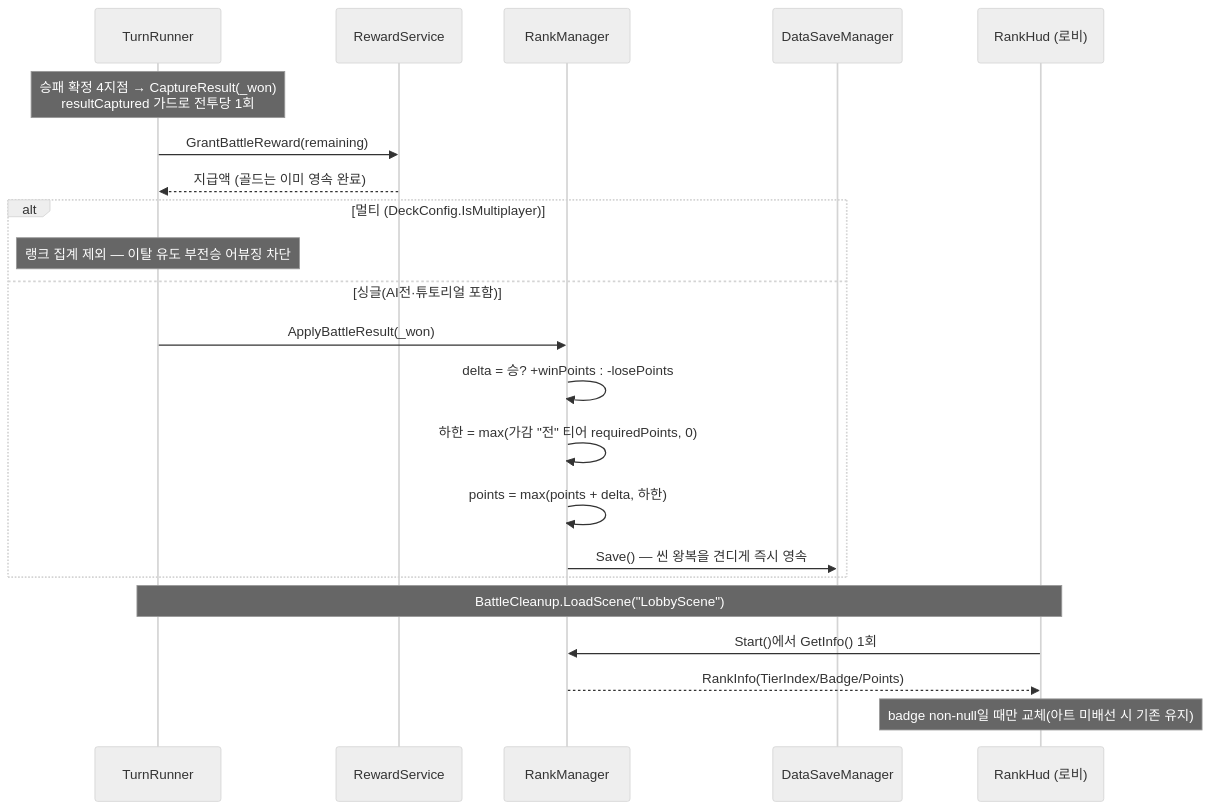
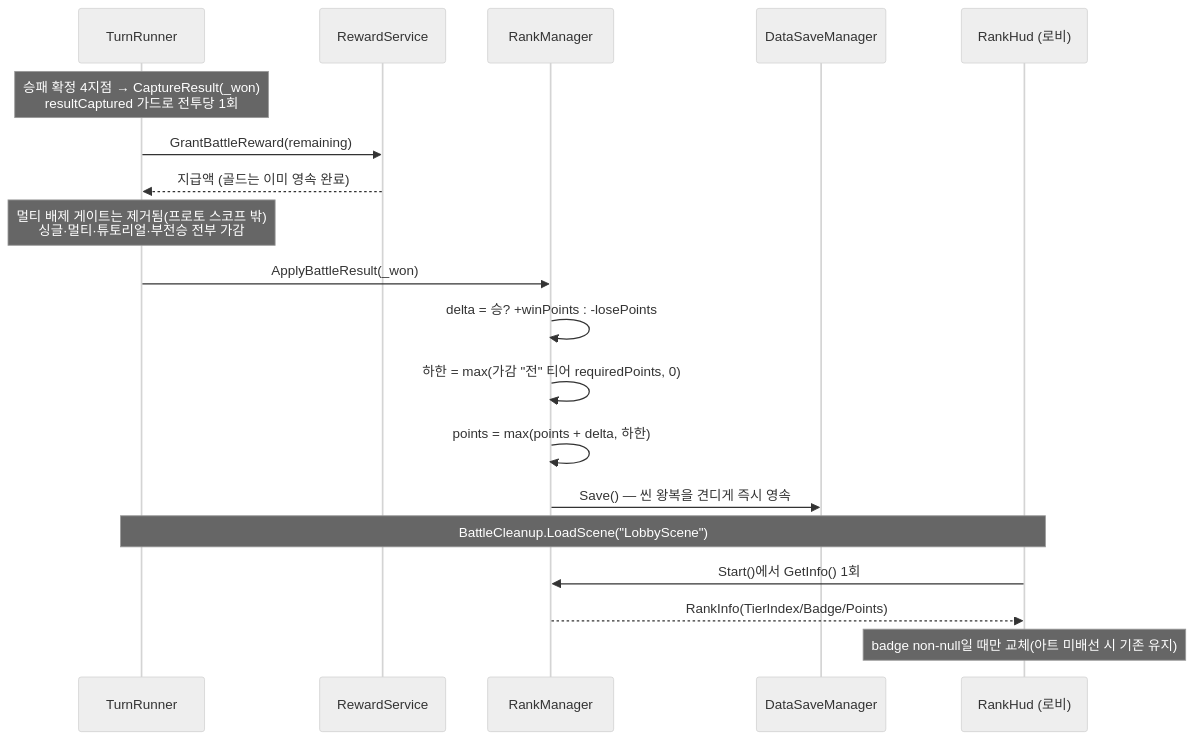
One commit to hspark-maker/TeamfightTCG_Migriation changed diagram 17 of 17 in docs/OutGamePlan/STRUCTURE.md. Above: the diagram before and after it, drawn with Mermaid (neutral theme). The commit also changed other lines of this file and 8 other files, not shown here.

````diff
--- a/docs/OutGamePlan/STRUCTURE.md
+++ b/docs/OutGamePlan/STRUCTURE.md
@@ -865,25 +865,22 @@
 ```mermaid
 sequenceDiagram
     participant TR as TurnRunner
     participant RS as RewardService
     participant MGR as RankManager
     participant DSM as DataSaveManager
     participant HUD as RankHud (로비)
 
     Note over TR: 승패 확정 4지점 → CaptureResult(_won)<br/>resultCaptured 가드로 전투당 1회
     TR->>RS: GrantBattleReward(remaining)
     RS-->>TR: 지급액 (골드는 이미 영속 완료)
-    alt 멀티 (DeckConfig.IsMultiplayer)
-        Note over TR: 랭크 집계 제외 — 이탈 유도 부전승 어뷰징 차단
-    else 싱글(AI전·튜토리얼 포함)
-        TR->>MGR: ApplyBattleResult(_won)
-        MGR->>MGR: delta = 승? +winPoints : -losePoints
-        MGR->>MGR: 하한 = max(가감 "전" 티어 requiredPoints, 0)
-        MGR->>MGR: points = max(points + delta, 하한)
-        MGR->>DSM: Save() — 씬 왕복을 견디게 즉시 영속
-    end
+    Note over TR: 멀티 배제 게이트는 제거됨(프로토 스코프 밖)<br/>싱글·멀티·튜토리얼·부전승 전부 가감
+    TR->>MGR: ApplyBattleResult(_won)
+    MGR->>MGR: delta = 승? +winPoints : -losePoints
+    MGR->>MGR: 하한 = max(가감 "전" 티어 requiredPoints, 0)
+    MGR->>MGR: points = max(points + delta, 하한)
+    MGR->>DSM: Save() — 씬 왕복을 견디게 즉시 영속
     Note over TR,HUD: BattleCleanup.LoadScene("LobbyScene")
     HUD->>MGR: Start()에서 GetInfo() 1회
     MGR-->>HUD: RankInfo(TierIndex/Badge/Points)
     Note over HUD: badge non-null일 때만 교체(아트 미배선 시 기존 유지)
 ```
````
